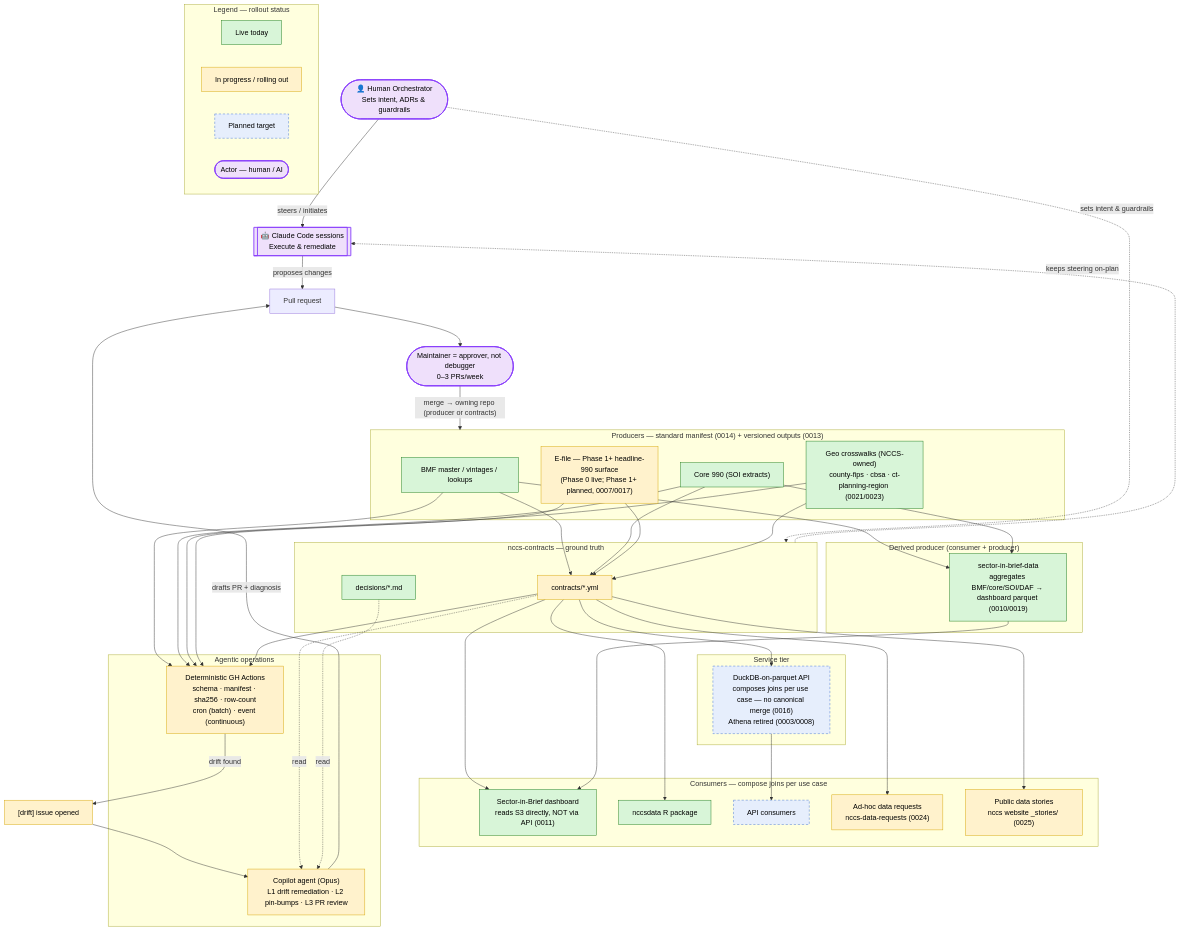
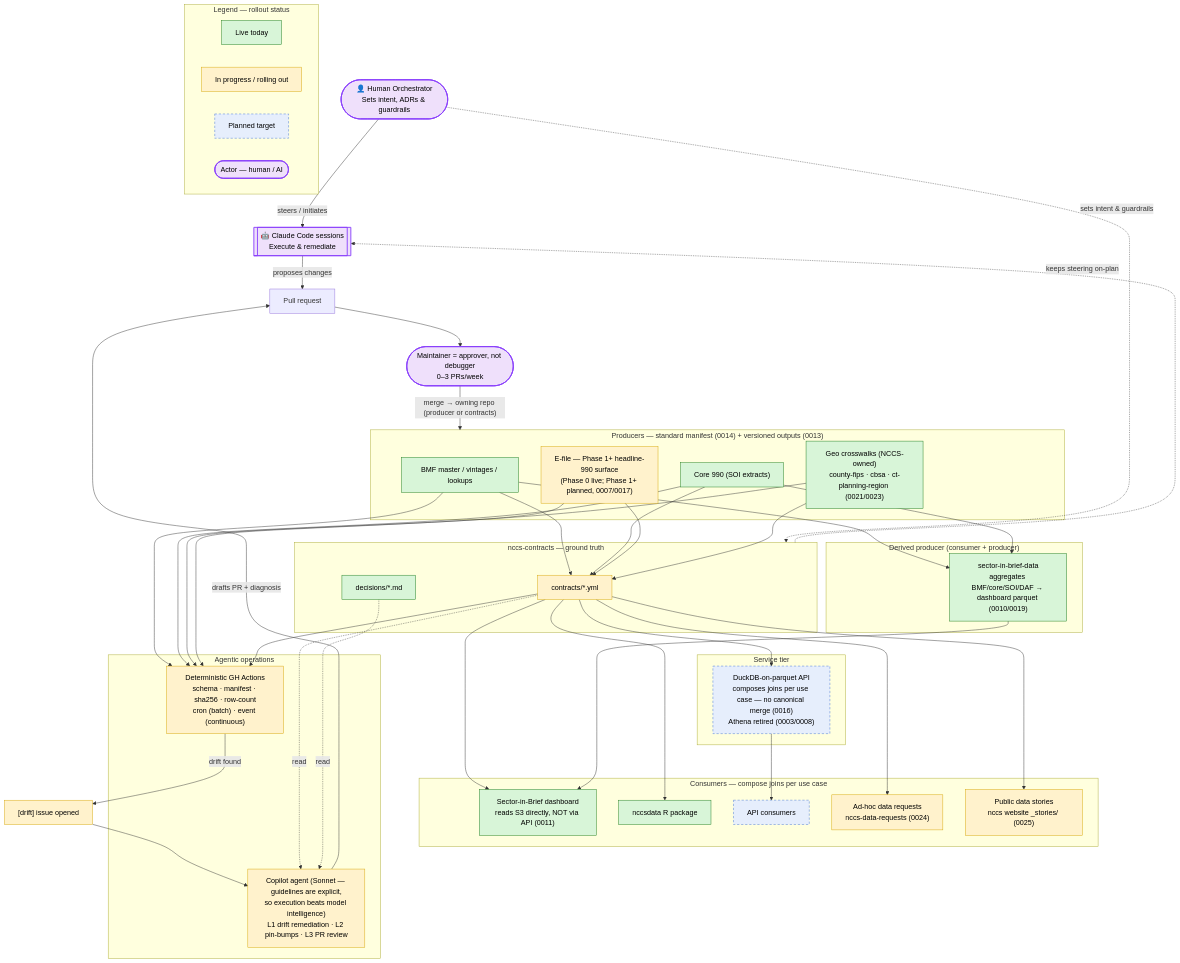
The third of 3 diagrams in docs/agentic-systems-design.md (UrbanInstitute/nccs-contracts), drawn with Mermaid before and after one commit. The commit also changed other lines of this file and 7 other files, not shown here.

````diff
--- a/docs/agentic-systems-design.md
+++ b/docs/agentic-systems-design.md
@@ -172,81 +172,81 @@
 ```mermaid
   flowchart TB
       %% ===== Orchestration layer (actors, not data nodes) =====
       human(["👤 Human Orchestrator<br/>Sets intent, ADRs & guardrails"])
       claude[["🤖 Claude Code sessions<br/>Execute & remediate"]]
       human -->|steers / initiates| claude
       claude -->|proposes changes| pr
 
       %% ===== Spine =====
       subgraph SPINE["nccs-contracts — ground truth"]
           contracts["contracts/*.yml"]:::progress
           adrs["decisions/*.md"]:::live
       end
       human -.->|sets intent & guardrails| SPINE
       SPINE -.->|keeps steering on-plan| claude
 
       %% ===== Producers =====
       subgraph PROD["Producers — standard manifest (0014) + versioned outputs (0013)"]
           bmf["BMF master / vintages / lookups"]:::live
           core["Core 990 (SOI extracts)"]:::live
           efile["E-file — Phase 1+ headline-990 surface<br/>(Phase 0 live; Phase 1+ planned, 0007/0017)"]:::progress
           xwalk["Geo crosswalks (NCCS-owned)<br/>county-fips · cbsa · ct-planning-region (0021/0023)"]:::live
       end
 
       %% ===== Derived producer tier =====
       subgraph DERIV["Derived producer (consumer + producer)"]
           sib["sector-in-brief-data<br/>aggregates BMF/core/SOI/DAF → dashboard parquet (0010/0019)"]:::live
       end
 
       %% ===== Service tier =====
       subgraph SVC["Service tier"]
           api["DuckDB-on-parquet API<br/>composes joins per use case — no canonical merge (0016)<br/>Athena retired (0003/0008)"]:::planned
       end
 
       %% ===== Consumers =====
       subgraph CONS["Consumers — compose joins per use case"]
           dash["Sector-in-Brief dashboard<br/>reads S3 directly, NOT via API (0011)"]:::live
           rpkg["nccsdata R package"]:::live
           apicons["API consumers"]:::planned
           adhoc["Ad-hoc data requests<br/>nccs-data-requests (0024)"]:::progress
           stories["Public data stories<br/>nccs website _stories/ (0025)"]:::progress
       end
 
       %% ===== Agentic operations =====
       subgraph OPS["Agentic operations"]
           check["Deterministic GH Actions<br/>schema · manifest · sha256 · row-count<br/>cron (batch) · event (continuous)"]:::progress
-          agent["Copilot agent (Opus)<br/>L1 drift remediation · L2 pin-bumps · L3 PR review"]:::progress
+          agent["Copilot agent (Sonnet — guidelines are explicit,<br/>so execution beats model intelligence)<br/>L1 drift remediation · L2 pin-bumps · L3 PR review"]:::progress
       end
 
       %% ===== Data + control flow =====
       bmf & core & efile & xwalk --> contracts
       bmf & core --> sib
       bmf & core & efile & xwalk --> check
       contracts --> check
       contracts --> dash & rpkg & adhoc & stories
       contracts --> api --> apicons
       sib --> dash
 
       check -- "drift found" --> issue["[drift] issue opened"]:::progress
       issue --> agent
       contracts -. read .-> agent
       adrs -. read .-> agent
       agent -- "drafts PR + diagnosis" --> pr["Pull request"]
       pr --> approver(["Maintainer = approver, not debugger<br/>0–3 PRs/week"])
       approver -- "merge → owning repo (producer or contracts)" --> PROD
 
       %% ===== Legend =====
       subgraph LEGEND["Legend — rollout status"]
           direction LR
           l1["Live today"]:::live
           l2["In progress / rolling out"]:::progress
           l3["Planned target"]:::planned
           l4(["Actor — human / AI"]):::actor
       end
 
       classDef live     fill:#d8f5d8,stroke:#1a7a1a,color:#000;
       classDef progress fill:#fff2cc,stroke:#d6a400,color:#000;
       classDef planned  fill:#e6eefc,stroke:#3b6fd6,stroke-dasharray:5 4,color:#000;
       classDef actor    fill:#efe0fb,stroke:#8a3ffc,stroke-width:2px,color:#000;
       class human,claude,approver actor;
 ```
````
